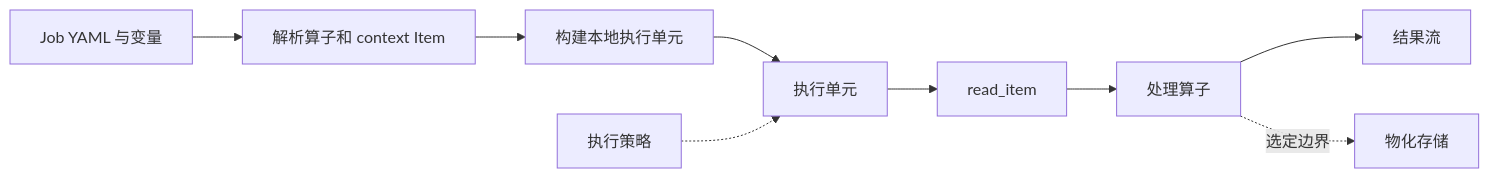
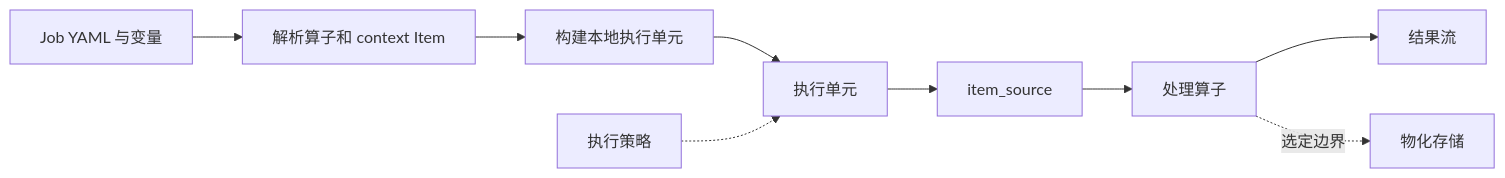
One commit to rdcn-link/xstream-codex changed the diagram in docs/xstream_zh.md. Above: the diagram before and after it, drawn with Mermaid. The commit also changed other lines of this file and 451 other files, not shown here.

````diff
--- a/docs/xstream_zh.md
+++ b/docs/xstream_zh.md
@@ -105,9 +105,9 @@
 ```mermaid
 flowchart LR
   Job["Job YAML 与变量"] --> Resolve["解析算子和 context Item"]
   Resolve --> Plan["构建本地执行单元"]
   Plan --> Units["执行单元"]
-  Units --> Source["read_item"] --> Process["处理算子"] --> Result["结果流"]
+  Units --> Source["item_source"] --> Process["处理算子"] --> Result["结果流"]
   Policy["执行策略"] -.-> Units
   Process -. "选定边界" .-> Store["物化存储"]
 ```
````
